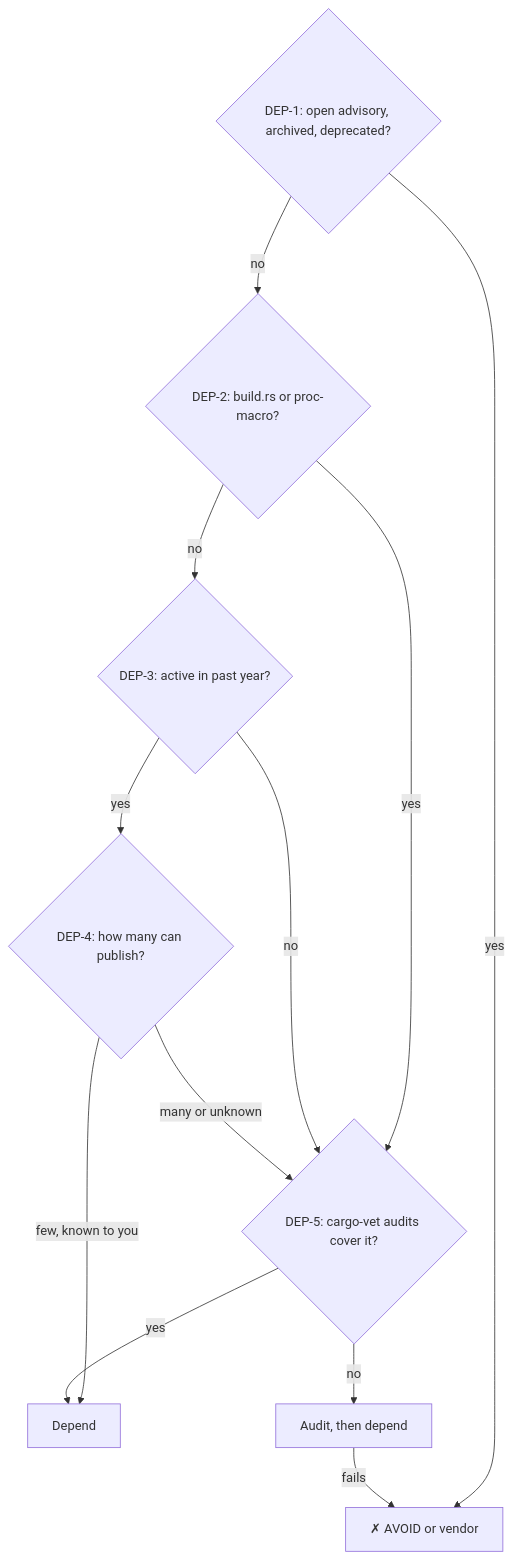
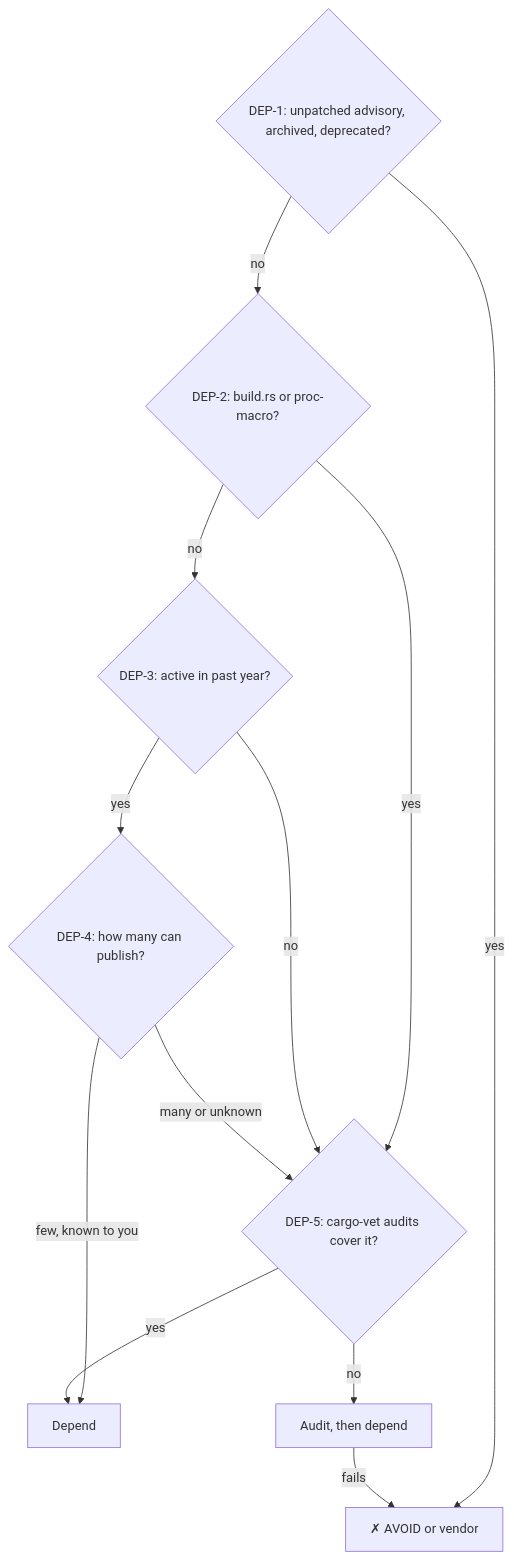
The second of 3 diagrams in README.md (iAnonymous3000/awesome-rust-security-guide), drawn with Mermaid before and after one commit. The commit also changed other lines of this file and 2 other files, not shown here.

````diff
--- a/README.md
+++ b/README.md
@@ -152,16 +150,16 @@
 ```mermaid
 flowchart TD
     accTitle: Crate vetting decision flow
-    accDescr: Each question is answered by the check with the same ID below. An open advisory, archived repository or deprecation (DEP-1) means avoid or vendor. A crate with build-time code (DEP-2), no activity in the past year (DEP-3), or many or unknown publishers (DEP-4) must be covered by imported cargo-vet audits (DEP-5) or by your own audit. Otherwise depend on it. A failed audit means avoid or vendor.
-    Q1{"DEP-1: open advisory, archived, deprecated?"} -->|yes| X["✗ AVOID or vendor"]
+    accDescr: Each question is answered by the check with the same ID below. An unpatched advisory, archived repository or deprecation (DEP-1) means avoid or vendor. A crate with build-time code (DEP-2), no activity in the past year (DEP-3), or many or unknown publishers (DEP-4) must be covered by imported cargo-vet audits (DEP-5) or by your own audit. Otherwise depend on it. A failed audit means avoid or vendor.
+    Q1{"DEP-1: unpatched advisory, archived, deprecated?"} -->|yes| X["✗ AVOID or vendor"]
     Q1 -->|no| Q2{"DEP-2: build.rs or proc-macro?"}
     Q2 -->|no| Q3{"DEP-3: active in past year?"}
     Q2 -->|yes| Q5{"DEP-5: cargo-vet audits cover it?"}
     Q3 -->|no| Q5
     Q3 -->|yes| Q4{"DEP-4: how many can publish?"}
     Q4 -->|"many or unknown"| Q5
     Q4 -->|"few, known to you"| D["Depend"]
     Q5 -->|yes| D
     Q5 -->|no| A["Audit, then depend"]
     A -->|fails| X
 ```
````
